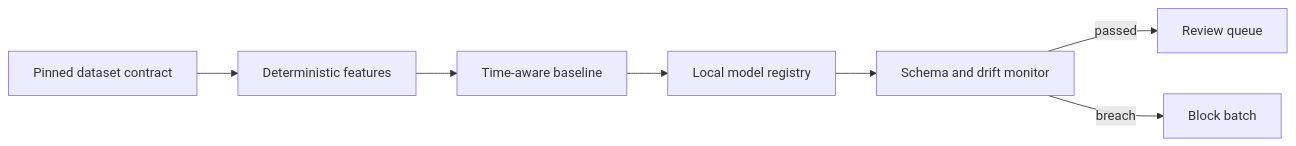
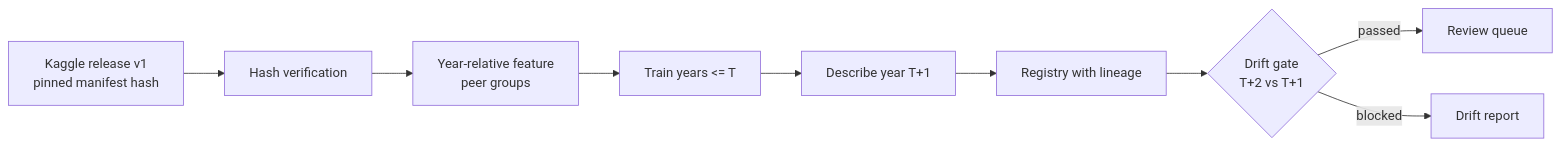
Before and after one commit to LucasRangelSSouza/education-finance-mlops: the diagram in README.md, drawn with Mermaid. The commit also changed other lines of this file and 6 other files, not shown here.

````diff
--- a/README.md
+++ b/README.md
@@ -7,9 +9,11 @@
 ```mermaid
 flowchart LR
-    D[Pinned dataset contract] --> F[Deterministic features]
-    F --> T[Time-aware baseline]
-    T --> R[Local model registry]
-    R --> M[Schema and drift monitor]
+    K[Kaggle release v1<br/>pinned manifest hash] --> V[Hash verification]
+    V --> F[Year-relative feature<br/>peer groups]
+    F --> T[Train years <= T]
+    T --> E[Describe year T+1]
+    E --> R[Registry with lineage]
+    R --> M{Drift gate<br/>T+2 vs T+1}
     M -->|passed| Q[Review queue]
-    M -->|breach| B[Block batch]
+    M -->|blocked| B[Drift report]
 ```
````
